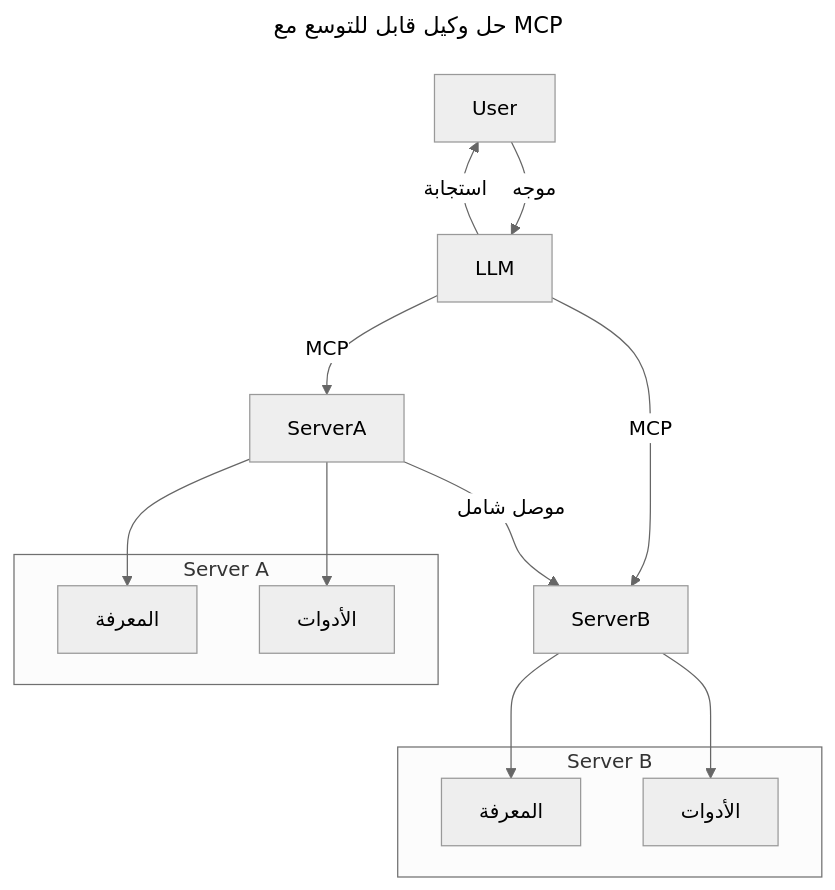
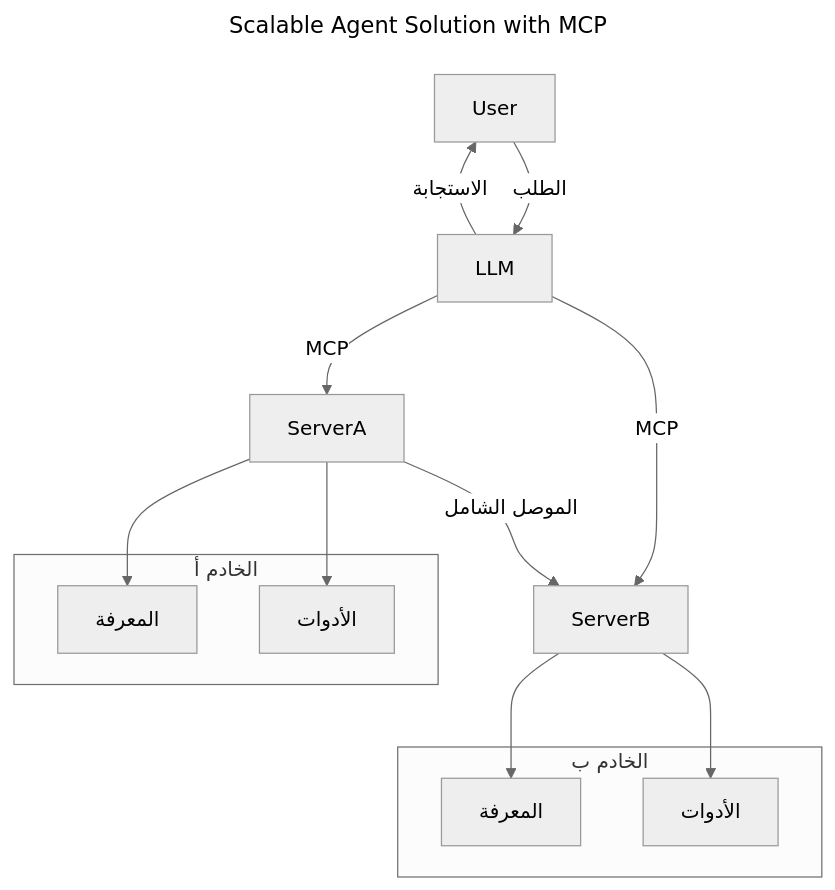
Before and after one commit to HIDORAKAI002/ai-workspace-archive: the second of 3 diagrams in mcp_ecosystem__model_context_protocol/mcp_learning_resources/mcp-for-beginners/translations/ar/00-Introduction/README.md, drawn with Mermaid (neutral theme). The commit also changed other lines of this file and 5748 other files, not shown here.

Commit message:
chore(sync): update MCP Python SDK, MCP TypeScript SDK, Supabase MCP, Kubernetes MCP Server, Git MCP, MCP Agent, Awesome ChatGPT Prompts, Langfuse, +62 more

````diff
--- a/mcp_ecosystem__model_context_protocol/mcp_learning_resources/mcp-for-beginners/translations/ar/00-Introduction/README.md
+++ b/mcp_ecosystem__model_context_protocol/mcp_learning_resources/mcp-for-beginners/translations/ar/00-Introduction/README.md
@@ -193,26 +194,26 @@
 ```mermaid
 ---
-title: حل وكيل قابل للتوسع مع MCP
-description: مخطط يوضح كيفية تفاعل المستخدم مع نموذج لغة كبير يتصل بعدة خوادم MCP، حيث يقدم كل خادم المعرفة والأدوات، مما يخلق بنية نظام ذكاء اصطناعي قابلة للتوسع
+title: Scalable Agent Solution with MCP
+description: A diagram illustrating how a user interacts with an LLM that connects to multiple MCP servers, with each server providing both knowledge and tools, creating a scalable AI system architecture
 ---
 graph TD
-    User -->|موجه| LLM
-    LLM -->|استجابة| User
+    User -->|الطلب| LLM
+    LLM -->|الاستجابة| User
     LLM -->|MCP| ServerA
     LLM -->|MCP| ServerB
-    ServerA -->|موصل شامل| ServerB
+    ServerA -->|الموصل الشامل| ServerB
     ServerA --> KnowledgeA
     ServerA --> ToolsA
     ServerB --> KnowledgeB
     ServerB --> ToolsB
 
-    subgraph Server A
+    subgraph الخادم أ
         KnowledgeA[المعرفة]
         ToolsA[الأدوات]
     end
 
-    subgraph Server B
+    subgraph الخادم ب
         KnowledgeB[المعرفة]
         ToolsB[الأدوات]
     end
 ```
````
